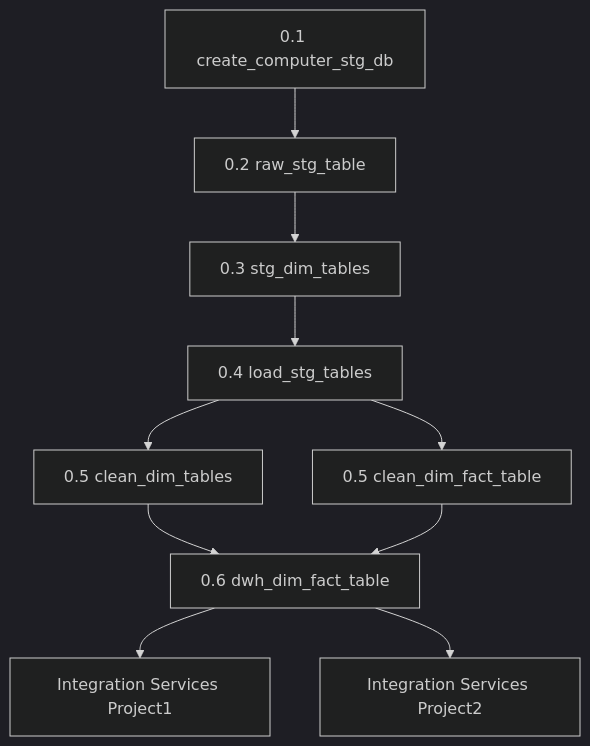
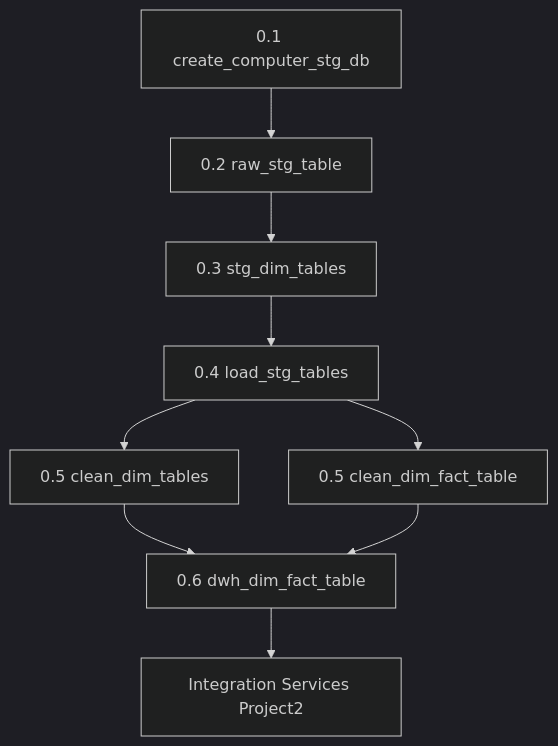
One commit to kamohelomolotsi1-svg/Computer_Sales_Project changed the third of 3 diagrams in README.md. Above: the diagram before and after it, drawn with Mermaid (dark theme). The commit also changed other lines of this file and 9 other files, not shown here.

Commit message:
Update README with SSIS diagram, add computer_sales_ssis.PNG, and remove Integration Services Project1

````diff
--- a/README.md
+++ b/README.md
@@ -77,12 +77,11 @@
 ```mermaid
 flowchart TD
     A[0.1 create_computer_stg_db] --> B[0.2 raw_stg_table]
     B --> C[0.3 stg_dim_tables]
     C --> D[0.4 load_stg_tables]
     D --> E[0.5 clean_dim_tables]
     D --> F[0.5 clean_dim_fact_table]
     E --> G[0.6 dwh_dim_fact_table]
     F --> G
-    G --> H[Integration Services Project1]
-    G --> I[Integration Services Project2]
+    G --> H[Integration Services Project2]
 ```
````
